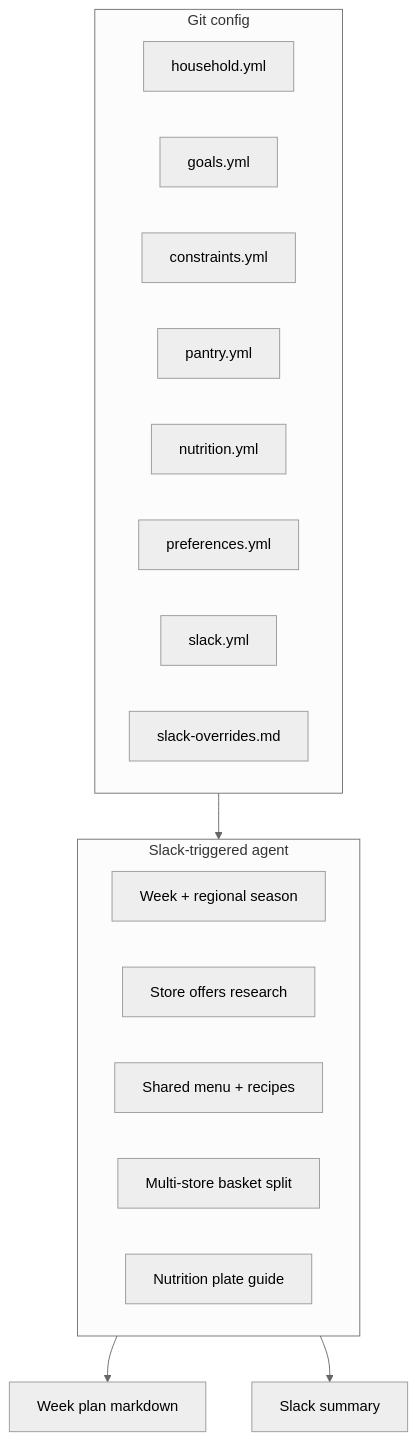
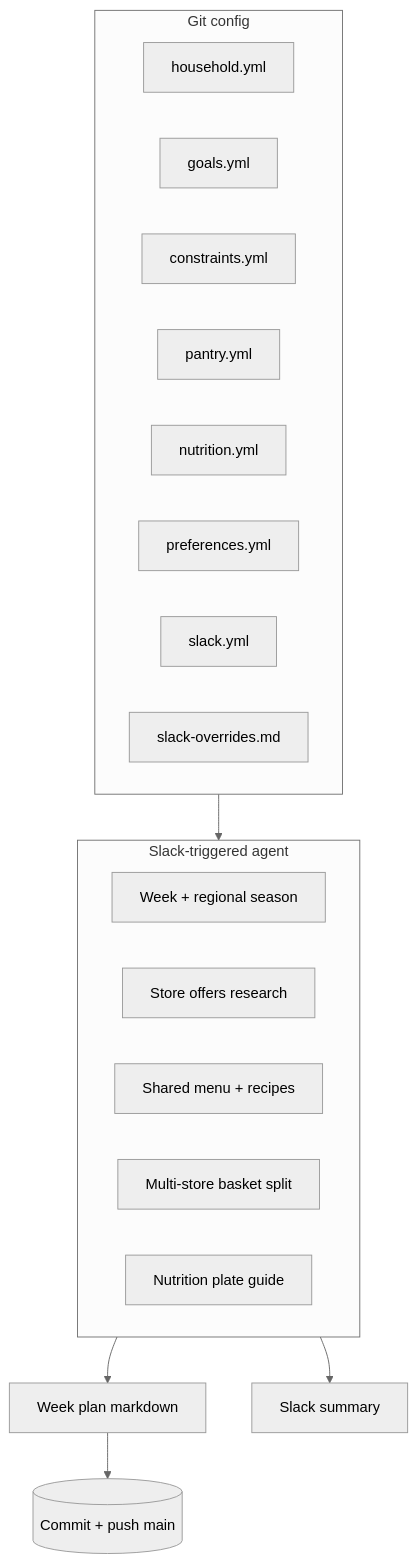
One commit to AlexTouvras/Orbit changed the second of 3 diagrams in src/content/architecture/mealplan.mdx. Above: the diagram before and after it, drawn with Mermaid (neutral theme). The commit also changed other lines of this file and 10 other files, not shown here.

First line of the commit message:
Add ProjectBrain showcase: featured Write, portfolio card, and architecture page.

````diff
--- a/src/content/architecture/mealplan.mdx
+++ b/src/content/architecture/mealplan.mdx
@@ -66,23 +67,24 @@
 ```mermaid
 flowchart TB
   subgraph durable [Git config]
     H[household.yml]
     G[goals.yml]
     C[constraints.yml]
     P[pantry.yml]
     N[nutrition.yml]
     Pref[preferences.yml]
     S[slack.yml]
     O[slack-overrides.md]
   end
   subgraph weekly [Slack-triggered agent]
     Season[Week + regional season]
     Offers[Store offers research]
     Menu[Shared menu + recipes]
     Split[Multi-store basket split]
     Macro[Nutrition plate guide]
   end
   durable --> weekly
   weekly --> Artifact[Week plan markdown]
   weekly --> Msg[Slack summary]
+  Artifact --> Git[(Commit + push main)]
 ```
````
